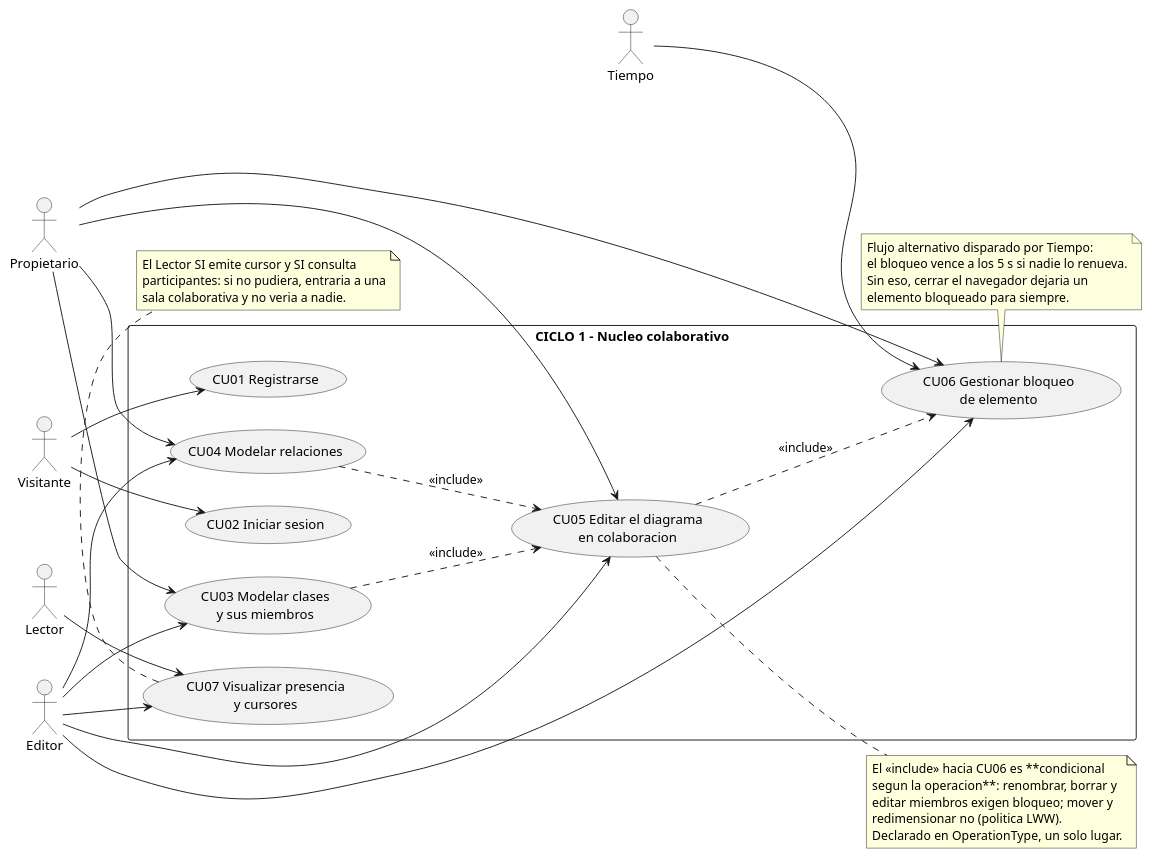
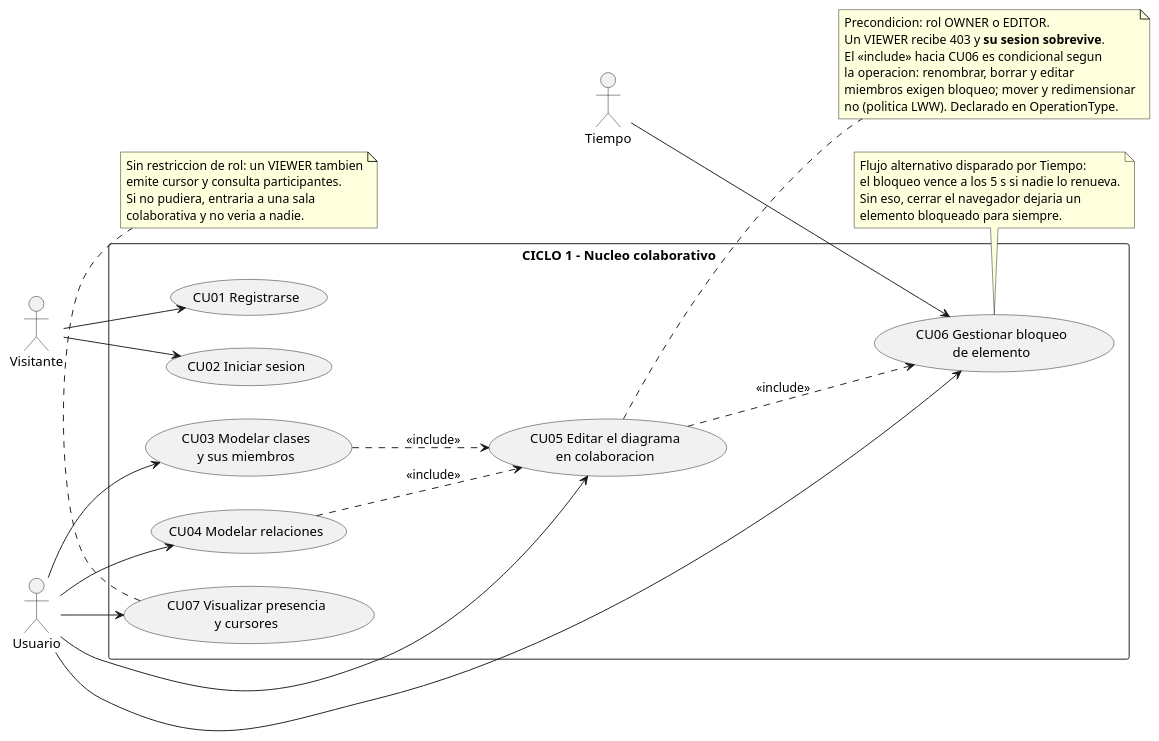
Before and after one commit to daniel-ol5/diagramacolaborativo: the diagram in docs/puds/diagramas/casos-de-uso-ciclo1.puml, drawn with PlantUML. The commit also changed 7 other files, not shown here.

```diff
--- a/docs/puds/diagramas/casos-de-uso-ciclo1.puml
+++ b/docs/puds/diagramas/casos-de-uso-ciclo1.puml
@@ -1,59 +1,54 @@
 @startuml casos-de-uso-ciclo1
 ' CICLO 1 - Nucleo colaborativo
 left to right direction
 
 actor "Visitante" as V
-actor "Editor" as ED
-actor "Propietario" as OW
-actor "Lector" as VI
+actor "Usuario" as U
 actor "Tiempo" as T
 
 rectangle "CICLO 1 - Nucleo colaborativo" {
   usecase "CU01 Registrarse" as CU01
   usecase "CU02 Iniciar sesion" as CU02
   usecase "CU03 Modelar clases\ny sus miembros" as CU03
   usecase "CU04 Modelar relaciones" as CU04
   usecase "CU05 Editar el diagrama\nen colaboracion" as CU05
   usecase "CU06 Gestionar bloqueo\nde elemento" as CU06
   usecase "CU07 Visualizar presencia\ny cursores" as CU07
 }
 
 V --> CU01
 V --> CU02
-ED --> CU03
-OW --> CU03
-ED --> CU04
-OW --> CU04
-ED --> CU05
-OW --> CU05
-ED --> CU06
-OW --> CU06
+U --> CU03
+U --> CU04
+U --> CU05
+U --> CU06
 T --> CU06
-ED --> CU07
-VI --> CU07
+U --> CU07
 
 CU03 ..> CU05 : <<include>>
 CU04 ..> CU05 : <<include>>
 CU05 ..> CU06 : <<include>>
 
 note right of CU05
-  El <<include>> hacia CU06 es **condicional
-  segun la operacion**: renombrar, borrar y
-  editar miembros exigen bloqueo; mover y
-  redimensionar no (politica LWW).
-  Declarado en OperationType, un solo lugar.
+  Precondicion: rol OWNER o EDITOR.
+  Un VIEWER recibe 403 y **su sesion sobrevive**.
+  El <<include>> hacia CU06 es condicional segun
+  la operacion: renombrar, borrar y editar
+  miembros exigen bloqueo; mover y redimensionar
+  no (politica LWW). Declarado en OperationType.
 end note
 
 note bottom of CU06
   Flujo alternativo disparado por Tiempo:
   el bloqueo vence a los 5 s si nadie lo renueva.
   Sin eso, cerrar el navegador dejaria un
   elemento bloqueado para siempre.
 end note
 
 note bottom of CU07
-  El Lector SI emite cursor y SI consulta
-  participantes: si no pudiera, entraria a una
-  sala colaborativa y no veria a nadie.
+  Sin restriccion de rol: un VIEWER tambien
+  emite cursor y consulta participantes.
+  Si no pudiera, entraria a una sala
+  colaborativa y no veria a nadie.
 end note
 @enduml
```
